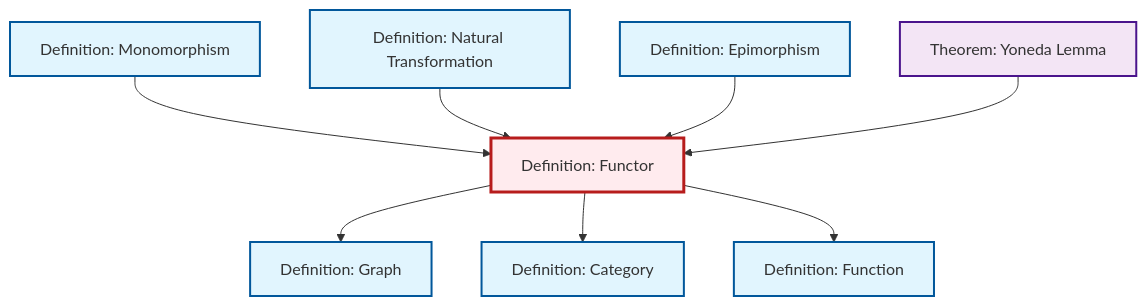
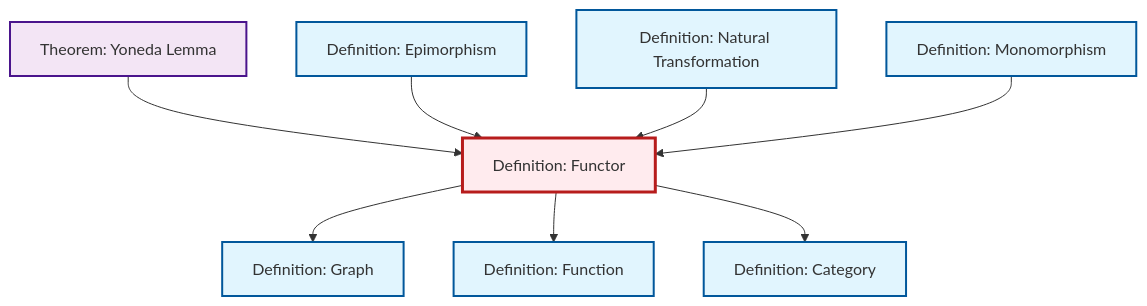
One commit to RK0429/ModernMath changed the diagram in content/en/category-theory/def-functor.qmd. Above: the diagram before and after it, drawn with Mermaid. The commit also changed other lines of this file and 634 other files, not shown here.

````diff
--- a/content/en/category-theory/def-functor.qmd
+++ b/content/en/category-theory/def-functor.qmd
@@ -50,32 +50,32 @@
 ```{mermaid}
 %%| fig-cap: "Local dependency graph"
 graph TD
     classDef definition fill:#e1f5fe,stroke:#01579b,stroke-width:2px
     classDef theorem fill:#f3e5f5,stroke:#4a148c,stroke-width:2px
     classDef axiom fill:#fff3e0,stroke:#e65100,stroke-width:2px
     classDef example fill:#e8f5e9,stroke:#1b5e20,stroke-width:2px
     classDef current fill:#ffebee,stroke:#b71c1c,stroke-width:3px
-    def-functor["Definition: Functor"]:::definition
-    def-monomorphism["Definition: Monomorphism"]:::definition
+    def-category["Definition: Category"]:::definition
+    def-natural-transformation["Definition: Natural Transformation"]:::definition
     def-epimorphism["Definition: Epimorphism"]:::definition
     thm-yoneda["Theorem: Yoneda Lemma"]:::theorem
-    def-natural-transformation["Definition: Natural Transformation"]:::definition
+    def-monomorphism["Definition: Monomorphism"]:::definition
     def-function["Definition: Function"]:::definition
     def-graph["Definition: Graph"]:::definition
-    def-category["Definition: Category"]:::definition
-    def-monomorphism --> def-functor
+    def-functor["Definition: Functor"]:::definition
+    thm-yoneda --> def-functor
+    def-epimorphism --> def-functor
     def-natural-transformation --> def-functor
     def-functor --> def-graph
+    def-functor --> def-function
+    def-monomorphism --> def-functor
     def-functor --> def-category
-    def-epimorphism --> def-functor
-    def-functor --> def-function
-    thm-yoneda --> def-functor
     class def-functor current
-    click def-monomorphism "def-monomorphism.html" "Go to Monomorphism definition"
+    click def-category "def-category.html" "Go to Category definition"
+    click def-natural-transformation "def-natural-transformation.html" "Go to Natural Transformation definition"
     click def-epimorphism "def-epimorphism.html" "Go to Epimorphism definition"
     click thm-yoneda "thm-yoneda.html" "Go to Yoneda Lemma theorem"
-    click def-natural-transformation "def-natural-transformation.html" "Go to Natural Transformation definition"
+    click def-monomorphism "def-monomorphism.html" "Go to Monomorphism definition"
     click def-function "def-function.html" "Go to Function definition"
     click def-graph "def-graph.html" "Go to Graph definition"
-    click def-category "def-category.html" "Go to Category definition"
 ```
````
